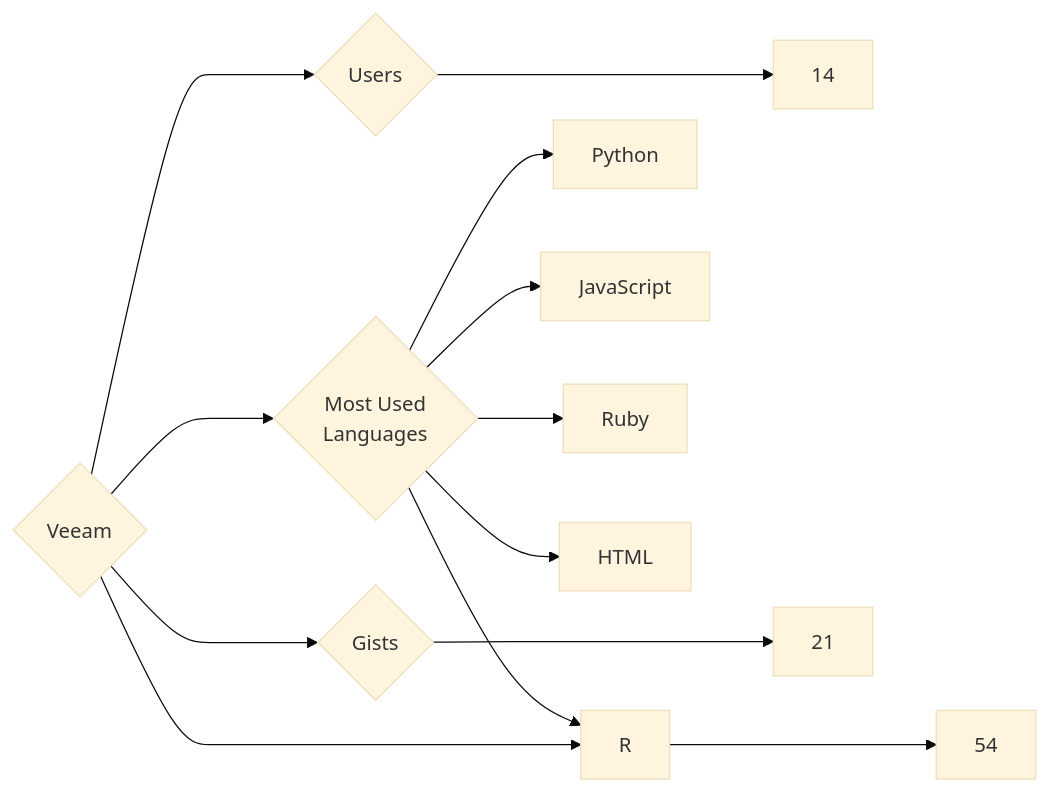
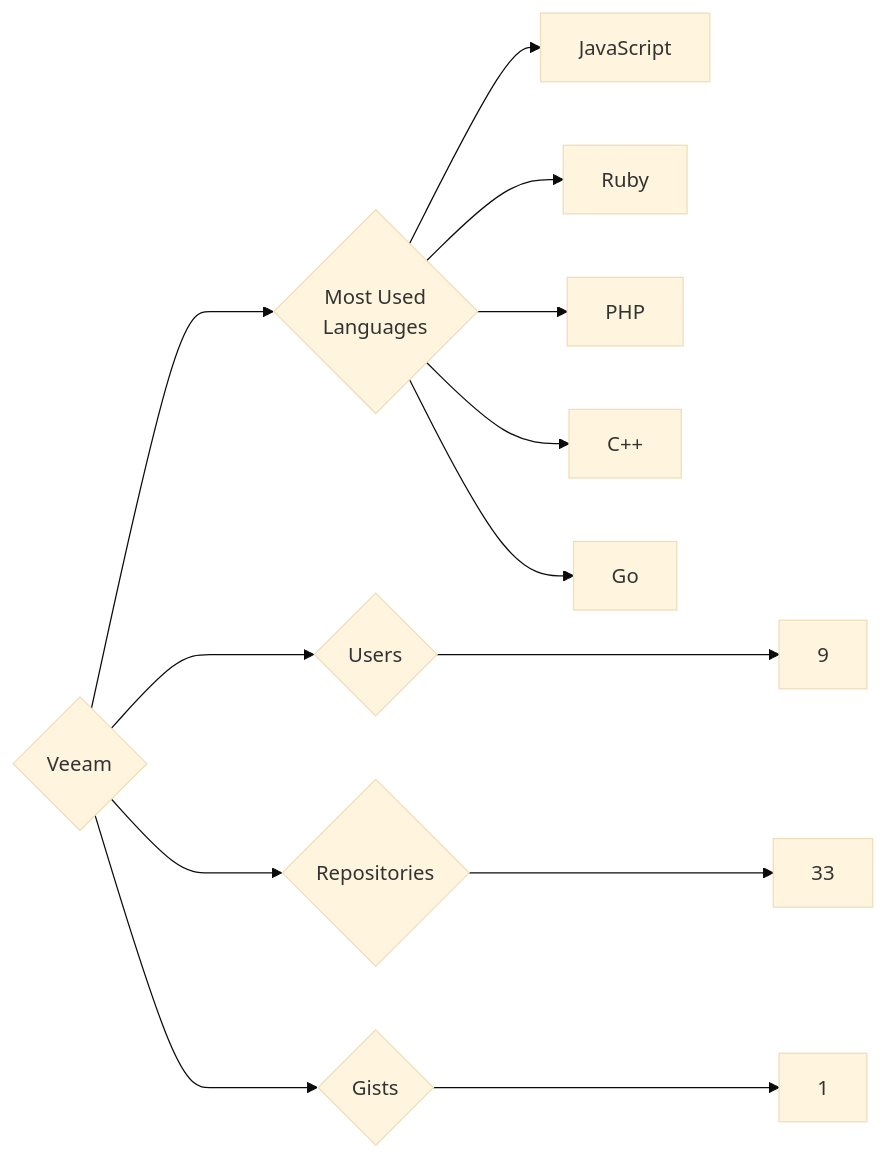
Before and after one commit to trickest/insiders: the diagram in targets/Veeam/README.md, drawn with Mermaid (base theme). The commit also changed 839 other files, not shown here.

````diff
--- a/targets/Veeam/README.md
+++ b/targets/Veeam/README.md
@@ -3,13 +3,13 @@
 ```mermaid
 graph LR
 COMPANY_NAME{Veeam}
-COMPANY_NAME ---> U{Users} ---> UN[14]
-COMPANY_NAME ---> R{Repositories} ---> RN[54]
-COMPANY_NAME ---> G{Gists} ---> GN[21]
+COMPANY_NAME ---> U{Users} ---> UN[9]
+COMPANY_NAME ---> R{Repositories} ---> RN[33]
+COMPANY_NAME ---> G{Gists} ---> GN[1]
 COMPANY_NAME ---> ML{Most Used<br>Languages}
-ML --> Python[Python]
 ML --> JavaScript[JavaScript]
 ML --> Ruby[Ruby]
-ML --> R[R]
-ML --> HTML[HTML]
+ML --> PHP[PHP]
+ML --> C++[C++]
+ML --> Go[Go]
 ```
````
